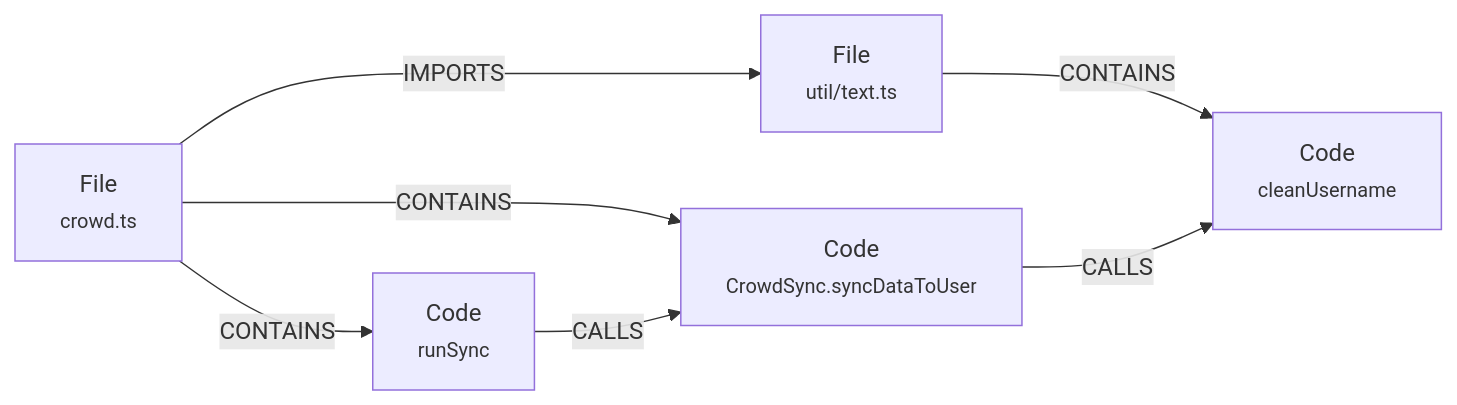
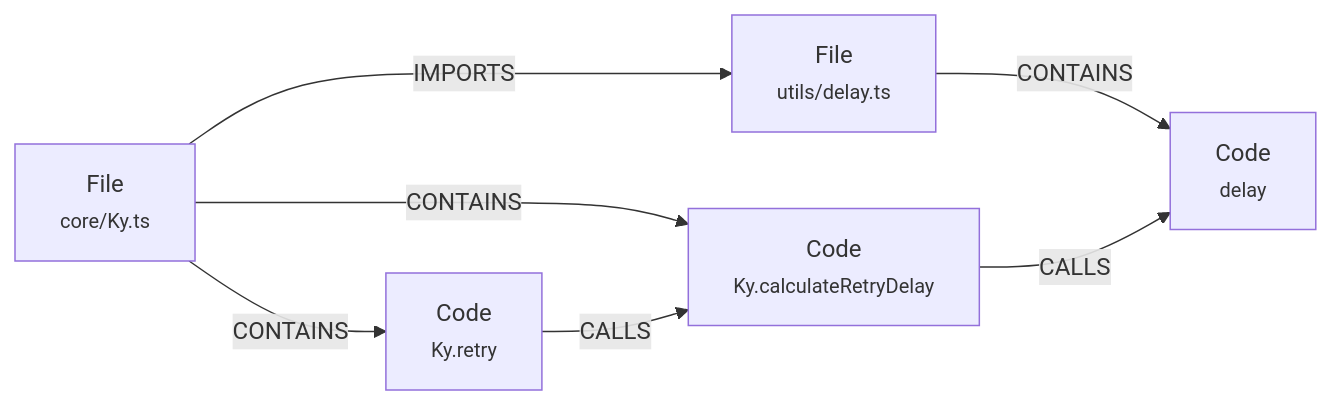
The second of 3 diagrams in readme.md (CulturalProfessor/genai-stack), drawn with Mermaid before and after one commit. The commit also changed other lines of this file, not shown here.

````diff
--- a/readme.md
+++ b/readme.md
@@ -30,9 +29,9 @@
 ```mermaid
 graph LR
-    F1["File<br/><small>crowd.ts</small>"] -->|CONTAINS| C1["Code<br/><small>CrowdSync.syncDataToUser</small>"]
-    F1 -->|CONTAINS| C2["Code<br/><small>runSync</small>"]
-    F2["File<br/><small>util/text.ts</small>"] -->|CONTAINS| C3["Code<br/><small>cleanUsername</small>"]
+    F1["File<br/><small>core/Ky.ts</small>"] -->|CONTAINS| C1["Code<br/><small>Ky.calculateRetryDelay</small>"]
+    F1 -->|CONTAINS| C2["Code<br/><small>Ky.retry</small>"]
+    F2["File<br/><small>utils/delay.ts</small>"] -->|CONTAINS| C3["Code<br/><small>delay</small>"]
     F1 -->|IMPORTS| F2
     C2 -->|CALLS| C1
     C1 -->|CALLS| C3
 ```
````
